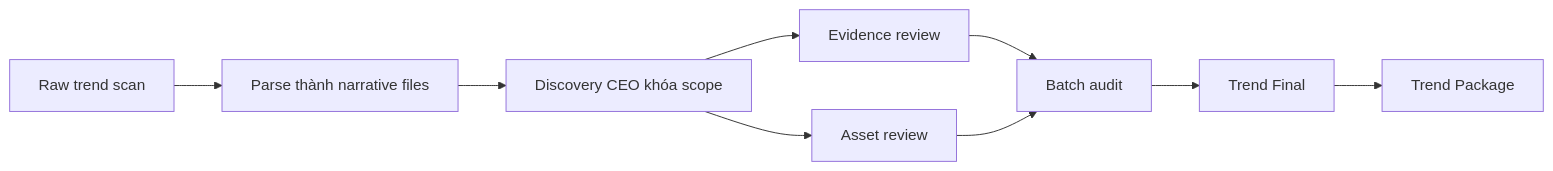
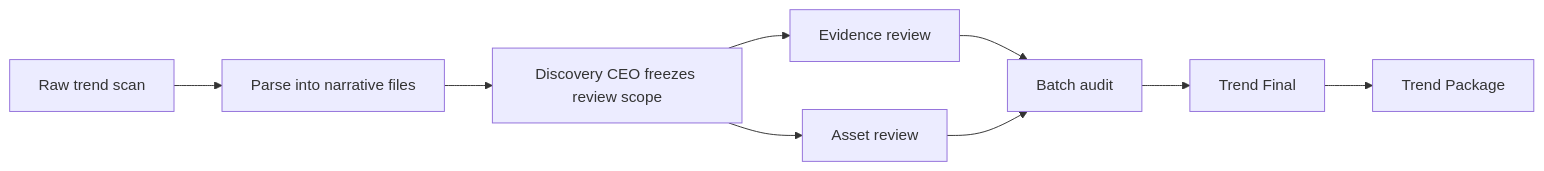
The diagram in docs/stages/trend-discovery.mdx (0xchalker/mintlify-docs), drawn with Mermaid before and after one commit. The commit also changed other lines of this file and 1 other file, not shown here.

````diff
--- a/docs/stages/trend-discovery.mdx
+++ b/docs/stages/trend-discovery.mdx
@@ -19,11 +19,11 @@
 ```mermaid
 flowchart LR
-    A["Raw trend scan"] --> B["Parse thành narrative files"]
-    B --> C["Discovery CEO khóa scope"]
+    A["Raw trend scan"] --> B["Parse into narrative files"]
+    B --> C["Discovery CEO freezes review scope"]
     C --> D["Evidence review"]
     C --> E["Asset review"]
     D --> F["Batch audit"]
     E --> F
     F --> G["Trend Final"]
     G --> H["Trend Package"]
 ```
````
